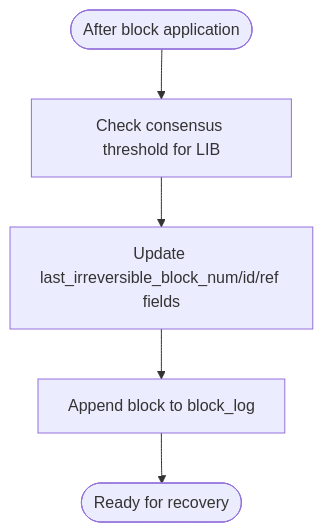
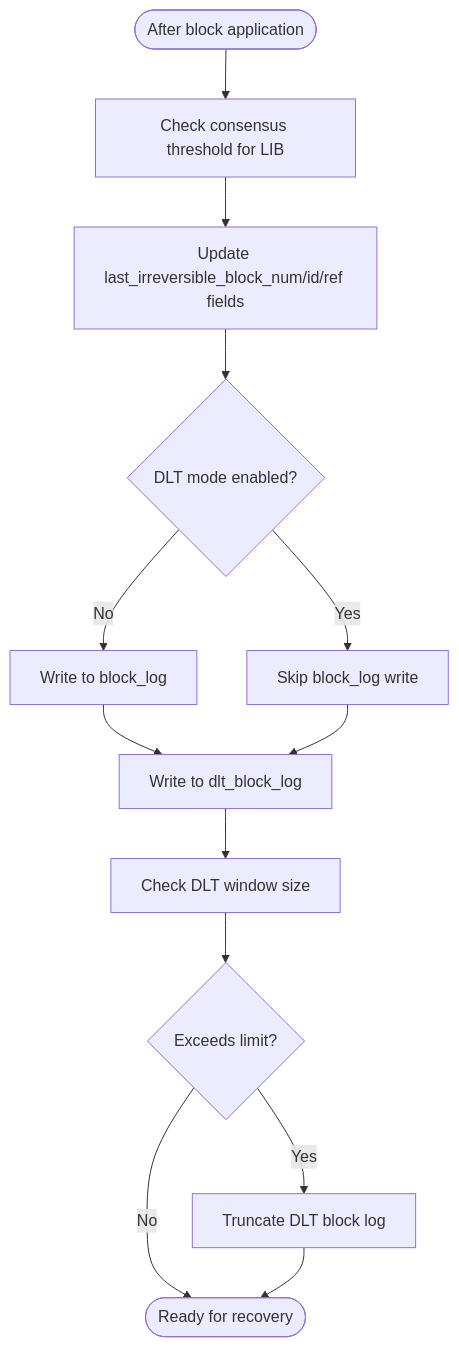
Before and after one commit to VIZ-Blockchain/viz-cpp-node: the eighth of 10 diagrams in .qoder/repowiki/en/content/Architecture Overview/Core Libraries/Chain Library/Fork Resolution and Consensus.md, drawn with Mermaid. The commit also changed other lines of this file and 5 other files, not shown here.

````diff
--- a/.qoder/repowiki/en/content/Architecture Overview/Core Libraries/Chain Library/Fork Resolution and Consensus.md
+++ b/.qoder/repowiki/en/content/Architecture Overview/Core Libraries/Chain Library/Fork Resolution and Consensus.md
@@ -279,7 +333,15 @@
 ```mermaid
 flowchart TD
 Start(["After block application"]) --> CheckLIB["Check consensus threshold for LIB"]
 CheckLIB --> UpdateLIB["Update last_irreversible_block_num/id/ref fields"]
-UpdateLIB --> Persist["Append block to block_log"]
-Persist --> End(["Ready for recovery"])
+UpdateLIB --> CheckDLT{"DLT mode enabled?"}
+CheckDLT --> |Yes| SkipBlockLog["Skip block_log write"]
+CheckDLT --> |No| WriteBlockLog["Write to block_log"]
+WriteBlockLog --> WriteDLT["Write to dlt_block_log"]
+SkipBlockLog --> WriteDLT
+WriteDLT --> CheckDLTWindow["Check DLT window size"]
+CheckDLTWindow --> Truncate{"Exceeds limit?"}
+Truncate --> |Yes| TruncateDLT["Truncate DLT block log"]
+Truncate --> |No| End(["Ready for recovery"])
+TruncateDLT --> End
 ```
````
